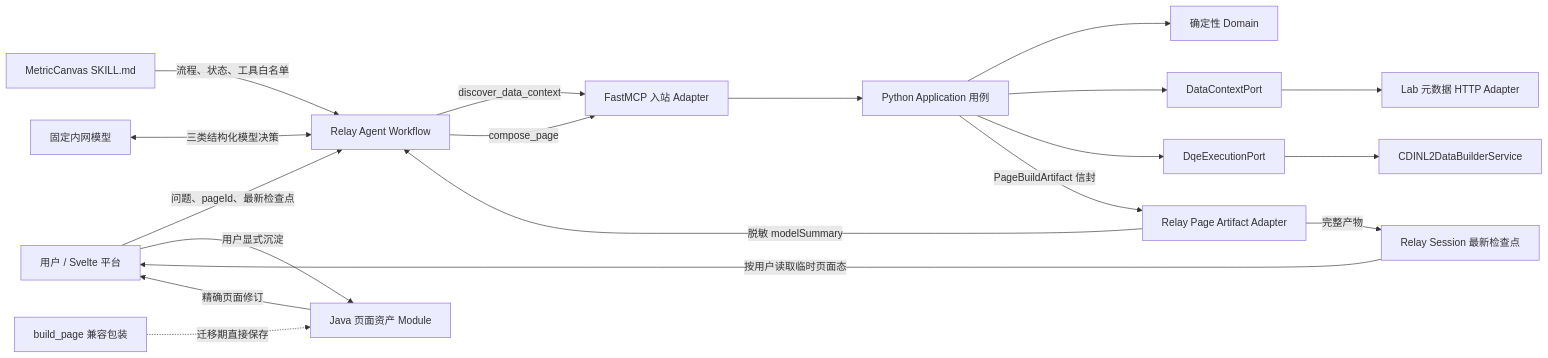
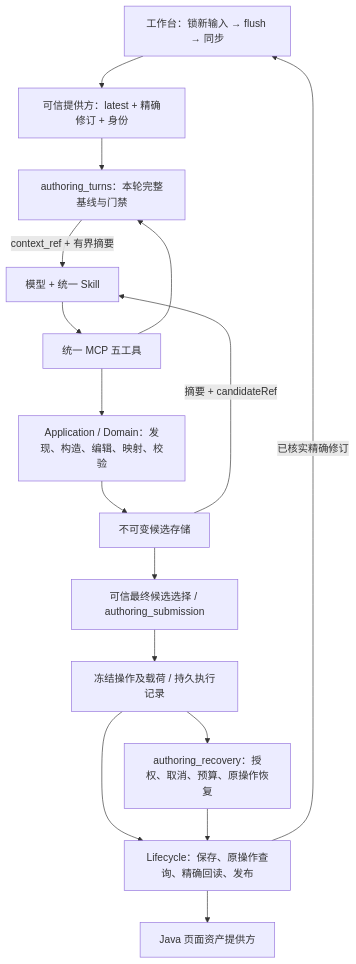
One commit to CCharlesMeng/MetricCanvas changed the diagram in metriccanvas-authoring/ARCHITECTURE.md. Above: the diagram before and after it, drawn with Mermaid. The commit also changed other lines of this file and 2 other files, not shown here.

Commit message:
docs(authoring): align architecture with unified implementation

````diff
--- a/metriccanvas-authoring/ARCHITECTURE.md
+++ b/metriccanvas-authoring/ARCHITECTURE.md
@@ -46,26 +24,18 @@
 ```mermaid
-flowchart LR
-    U["用户 / Svelte 平台"] -->|"问题、pageId、最新检查点"| R["Relay Agent Workflow"]
-    S["MetricCanvas SKILL.md"] -->|"流程、状态、工具白名单"| R
-    M["固定内网模型"] <-->|"三类结构化模型决策"| R
-
-    R -->|"discover_data_context"| MCP["FastMCP 入站 Adapter"]
-    R -->|"compose_page"| MCP
-    MCP --> APP["Python Application 用例"]
-    APP --> DOM["确定性 Domain"]
-
-    APP --> DCP["DataContextPort"]
-    DCP --> LAB["Lab 元数据 HTTP Adapter"]
-    APP --> DQP["DqeExecutionPort"]
-    DQP --> DQE["CDINL2DataBuilderService"]
-
-    APP -->|"PageBuildArtifact 信封"| A["Relay Page Artifact Adapter"]
-    A -->|"完整产物"| C["Relay Session 最新检查点"]
-    A -->|"脱敏 modelSummary"| R
-    C -->|"按用户读取临时页面态"| U
-
-    U -->|"用户显式沉淀"| J["Java 页面资产 Module"]
-    J -->|"精确页面修订"| U
-
-    COMP["build_page 兼容包装"] -.->|"迁移期直接保存"| J
+flowchart TD
+  UI["工作台：锁新输入 → flush → 同步"] --> L["可信提供方：latest + 精确修订 + 身份"]
+  L --> T["authoring_turns：本轮完整基线与门禁"]
+  T -->|"context_ref + 有界摘要"| M["模型 + 统一 Skill"]
+  M --> C["统一 MCP 五工具"]
+  C --> T
+  C --> A["Application / Domain：发现、构造、编辑、映射、校验"]
+  A --> K["不可变候选存储"]
+  K -->|"摘要 + candidateRef"| M
+  K --> S["可信最终候选选择 / authoring_submission"]
+  S --> R["冻结操作及载荷 / 持久执行记录"]
+  R --> LC["Lifecycle：保存、原操作查询、精确回读、发布"]
+  LC --> J["Java 页面资产提供方"]
+  R --> RE["authoring_recovery：授权、取消、预算、原操作恢复"]
+  RE --> LC
+  LC -->|"已核实精确修订"| UI
 ```
````
